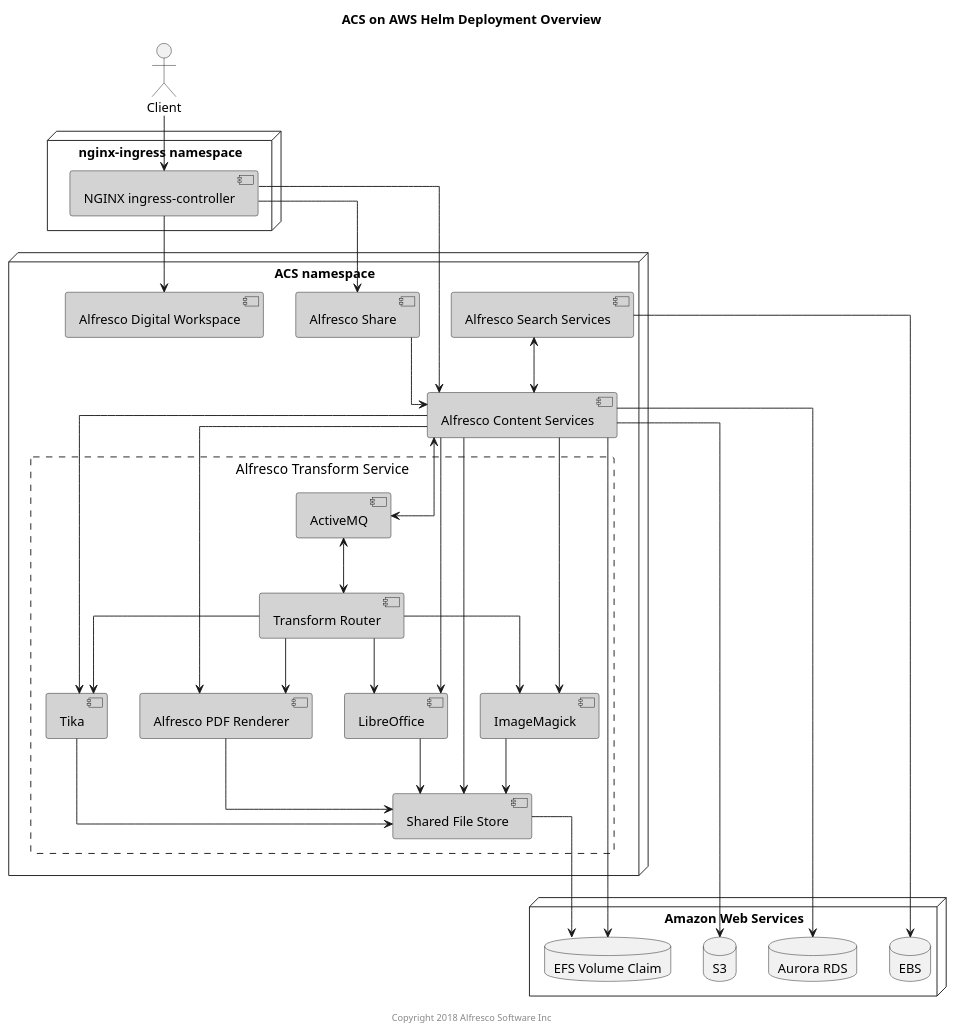
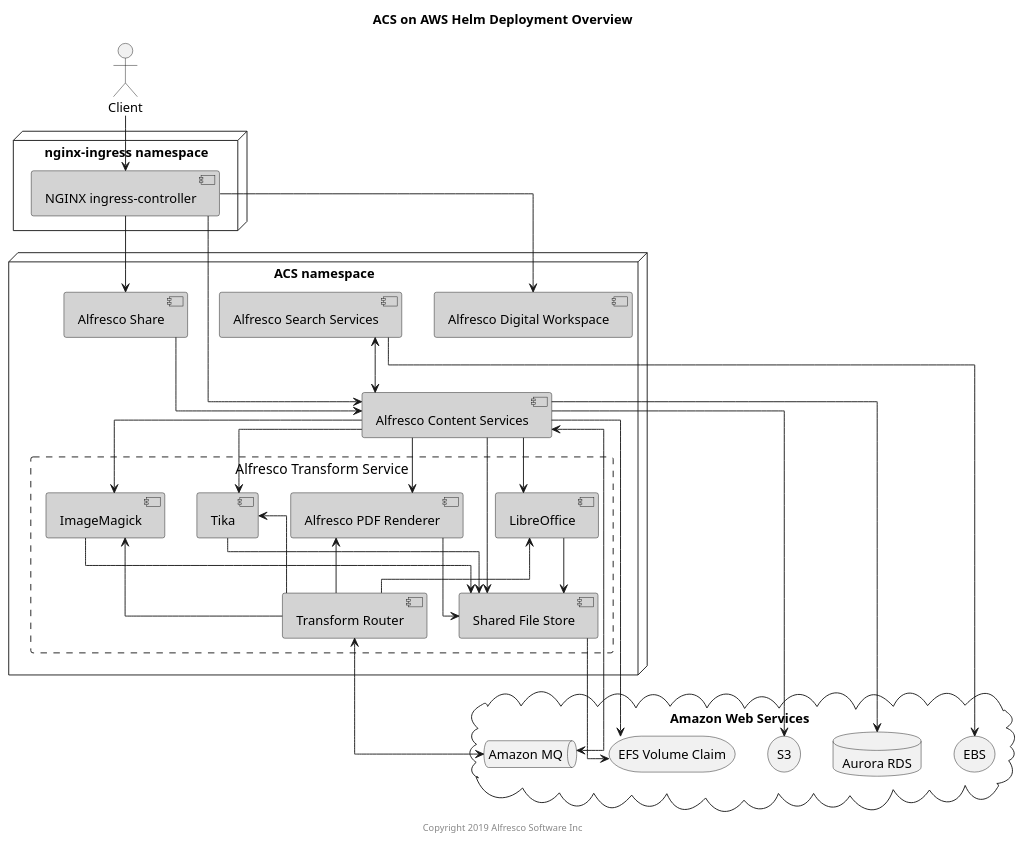
One commit to Alfresco/acs-deployment changed the diagram in docs/diagrams/helm-chart/helm-components-aws.puml. Above: the diagram before and after it, drawn with PlantUML. The commit also changed 1 other file, not shown here.

Commit message:
Bring in AmazonMQ.

```diff
--- a/docs/diagrams/helm-chart/helm-components-aws.puml
+++ b/docs/diagrams/helm-chart/helm-components-aws.puml
@@ -1,74 +1,75 @@
 @startuml
 
 Title: ACS on AWS Helm Deployment Overview
 
 skinparam componentStyle uml2
 skinparam linetype ortho
 skinparam rectangle {
     BorderStyle dashed
     FontSize 15
     FontStyle none
 }
 
 actor Client
 
 node "nginx-ingress namespace" {
     component "NGINX ingress-controller" as nginx #lightgrey
 }
 
 node "ACS namespace" {
     component "Alfresco Digital Workspace" as adw #lightgrey
     component "Alfresco Content Services" as acs #lightgrey
     component "Alfresco Search Services" as ass #lightgrey
     component "Alfresco Share" as share #lightgrey
     rectangle "Alfresco Transform Service" {
         component "Transform Router" as tr #lightgrey
         component "Shared File Store" as sfs #lightgrey
-        component "ActiveMQ" as amq #lightgrey
         component "Alfresco PDF Renderer" as pdfr #lightgrey
         component "LibreOffice" as libr #lightgrey
         component "ImageMagick" as img #lightgrey
         component "Tika" as tika #lightgrey
     }
 }
 
-node "Amazon Web Services" {
+cloud "Amazon Web Services" {
+    storage "S3" as s3
     database "Aurora RDS" as db
-    database "S3" as s3
-    database "EFS Volume Claim" as vc
-    database "EBS" as ebs
+    storage "EBS" as ebs
+    storage "EFS Volume Claim" as vc
+    queue "Amazon MQ" as mq
+
 }
 
 Client --> nginx
 
 nginx --> acs
 nginx --> share
 nginx --> adw
 
 acs --> vc
 ass --> ebs
 sfs --> vc
 acs --> s3
 
 ass <--> acs
 acs --> db
 acs --> pdfr
 acs --> libr
 acs --> img
 acs --> tika
 acs --> sfs
-acs <--> amq
-tr --> pdfr
-tr --> libr
-tr --> img
-tr --> tika
-tr <-up-> amq
+acs <--> mq
+tr -up-> pdfr
+tr -up-> libr
+tr -up-> img
+tr -up-> tika
+tr <--> mq
 pdfr --> sfs
 libr --> sfs
 img --> sfs
 tika --> sfs
 share --> acs
 
-center footer Copyright 2018 Alfresco Software Inc
+center footer Copyright 2019 Alfresco Software Inc
 
 @enduml
```
